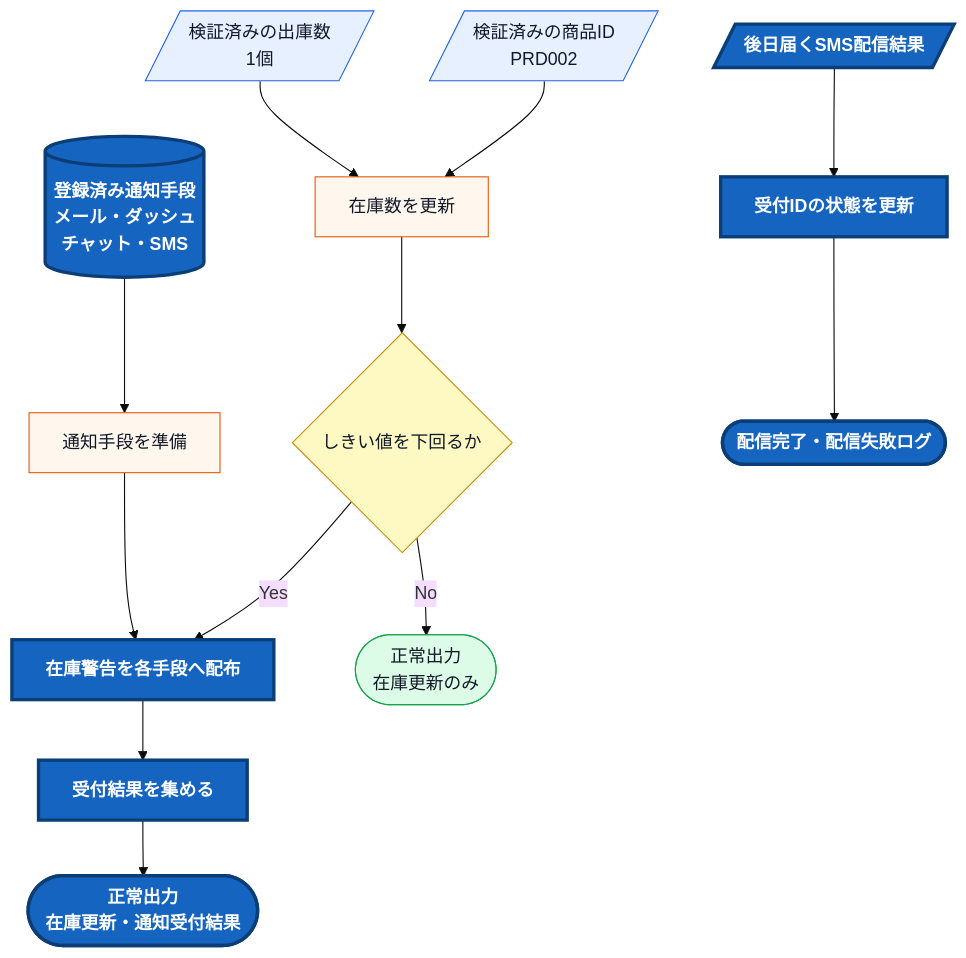
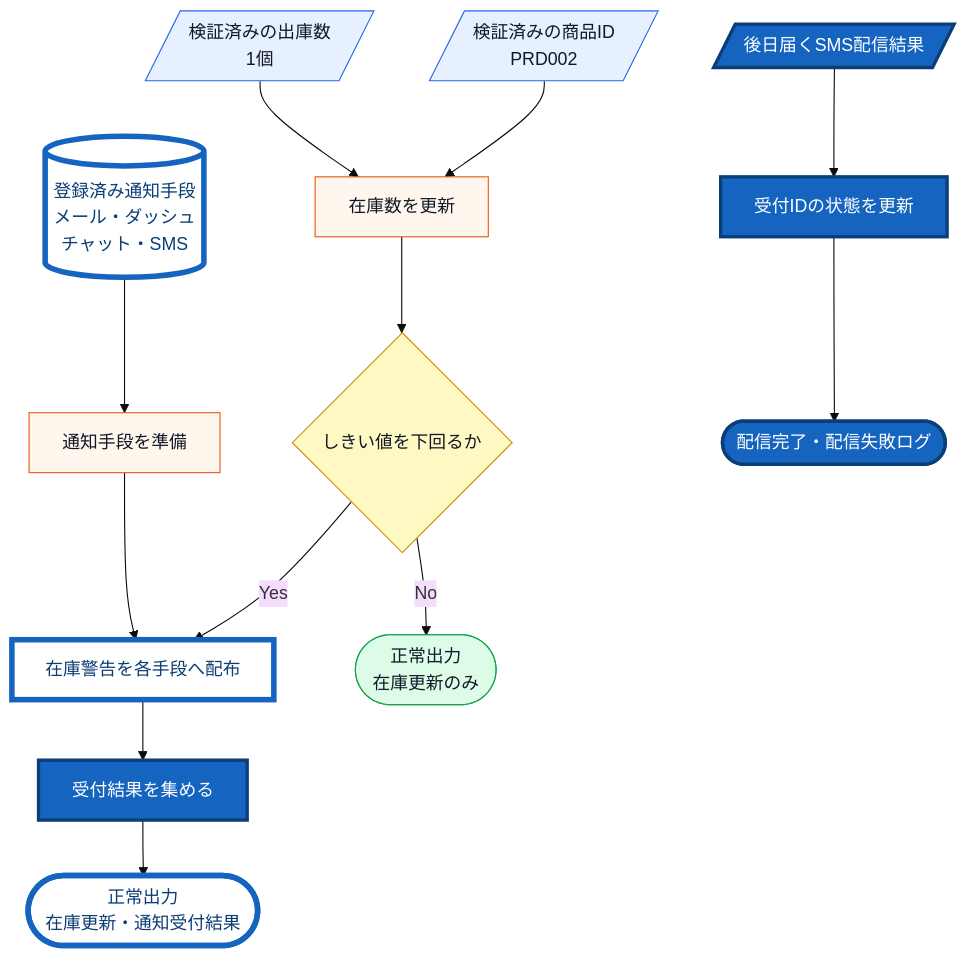
Before and after one commit to kumachan1101-pixel/DesignPattern: the fifth of 13 diagrams in kindle/design-patterns/books/volume01-core-patterns/output/05-chapter03.md, drawn with Mermaid (base theme). The commit also changed other lines of this file and 11 other files, not shown here.

First line of the commit message:
図の印を「新しく作る／開いて直す」へ分け、抜粋の改変を直す

````diff
--- a/kindle/design-patterns/books/volume01-core-patterns/output/05-chapter03.md
+++ b/kindle/design-patterns/books/volume01-core-patterns/output/05-chapter03.md
@@ -879,22 +879,24 @@
 ```mermaid
 flowchart TB
     A[/検証済みの商品ID<br>PRD002/]:::input --> G[在庫数を更新]:::process
     C[/検証済みの出庫数<br>1個/]:::input --> G
     E[(登録済み通知手段<br>メール・ダッシュ<br>チャット・SMS)]:::data --> F[通知手段を準備]:::process
     G --> H{しきい値を下回るか}:::decision
     H -->|Yes| I[在庫警告を各手段へ配布]:::process
     F --> I
     I --> L[受付結果を集める]:::process
     L --> K([正常出力<br>在庫更新・通知受付結果]):::normal
     H -->|No| J([正常出力<br>在庫更新のみ]):::normal
     S[/後日届くSMS配信結果/]:::input --> O[受付IDの状態を更新]:::process
     O --> P([配信完了・配信失敗ログ]):::normal
 
     classDef data fill:#ecfeff,stroke:#0891b2,color:#111827;
     classDef input fill:#e7f0ff,stroke:#2563eb,color:#111827;
     classDef process fill:#fff7ed,stroke:#ea580c,color:#111827;
     classDef decision fill:#fef9c3,stroke:#ca8a04,color:#111827;
     classDef normal fill:#dcfce7,stroke:#16a34a,color:#111827;
-    classDef changed fill:#1565c0,stroke:#0b3d76,stroke-width:3px,color:#ffffff,font-weight:bold;
-    class E,I,L,K,S,O,P changed;
+    class L,S,O,P added;
+    class E,I,K touched;
+    classDef added fill:#1565c0,stroke:#0b3d76,stroke-width:3px,color:#ffffff;
+    classDef touched fill:#ffffff,stroke:#1565c0,stroke-width:5px,color:#0b3d76;
 ```
````
